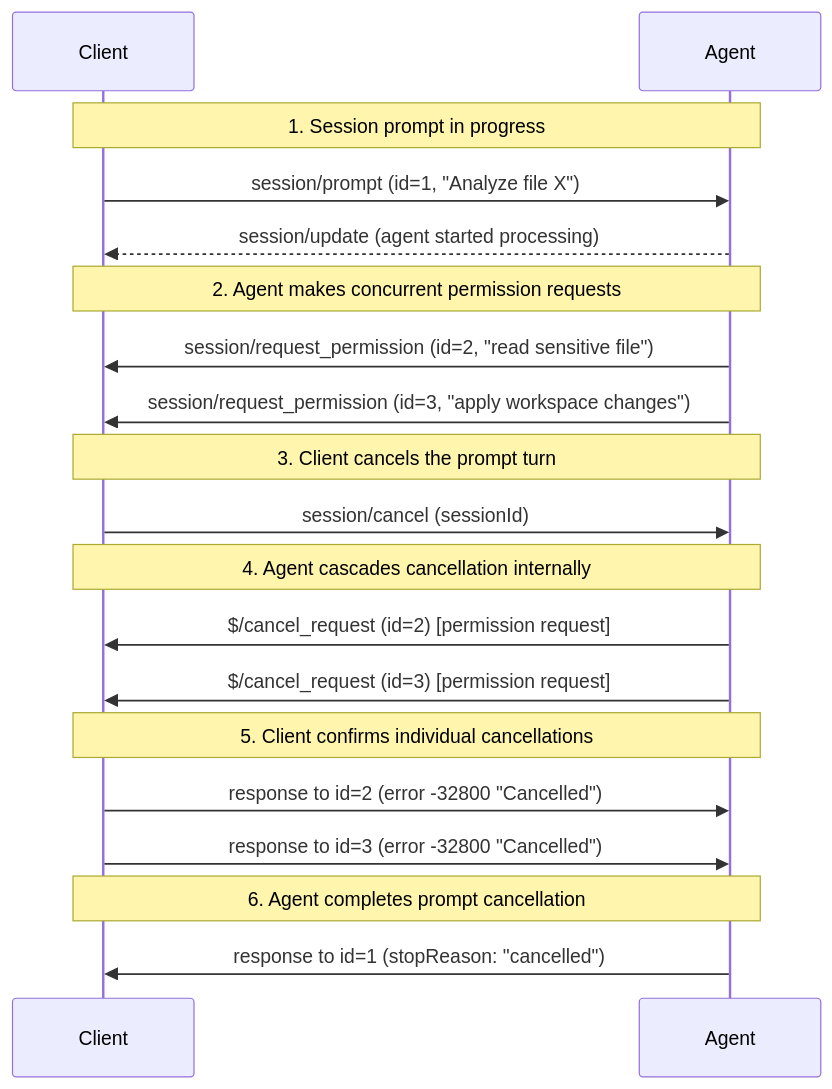
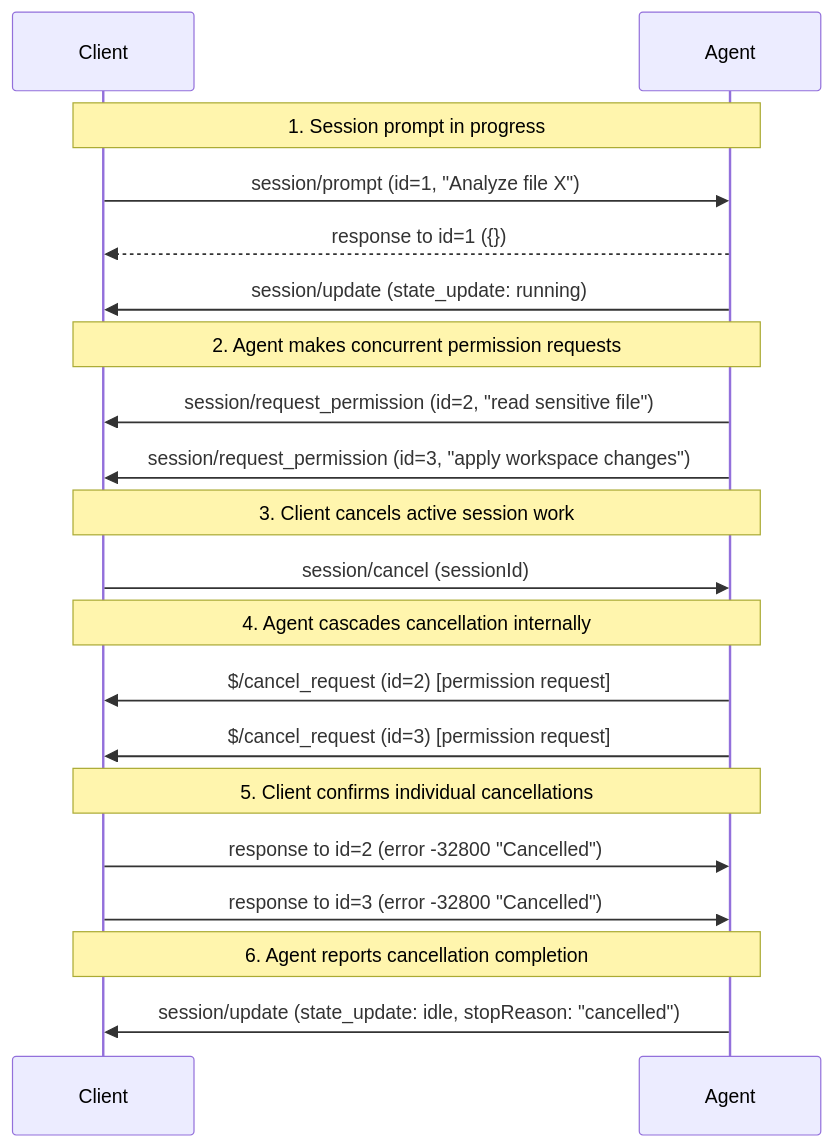
Before and after one commit to dayanruben/agent-client-protocol: the diagram in docs/protocol/v2/draft/cancellation.mdx, drawn with Mermaid. The commit also changed other lines of this file and 34 other files, not shown here.

````diff
--- a/docs/protocol/v2/draft/cancellation.mdx
+++ b/docs/protocol/v2/draft/cancellation.mdx
@@ -42,27 +42,28 @@
 ```mermaid
 sequenceDiagram
     participant Client
     participant Agent
 
     Note over Client,Agent: 1. Session prompt in progress
     Client->>Agent: session/prompt (id=1, "Analyze file X")
-    Agent-->>Client: session/update (agent started processing)
+    Agent-->>Client: response to id=1 ({})
+    Agent->>Client: session/update (state_update: running)
 
     Note over Client,Agent: 2. Agent makes concurrent permission requests
     Agent->>Client: session/request_permission (id=2, "read sensitive file")
     Agent->>Client: session/request_permission (id=3, "apply workspace changes")
 
-    Note over Client,Agent: 3. Client cancels the prompt turn
+    Note over Client,Agent: 3. Client cancels active session work
     Client->>Agent: session/cancel (sessionId)
 
     Note over Client,Agent: 4. Agent cascades cancellation internally
     Agent->>Client: $/cancel_request (id=2) [permission request]
     Agent->>Client: $/cancel_request (id=3) [permission request]
 
     Note over Client,Agent: 5. Client confirms individual cancellations
     Client->>Agent: response to id=2 (error -32800 "Cancelled")
     Client->>Agent: response to id=3 (error -32800 "Cancelled")
 
-    Note over Client,Agent: 6. Agent completes prompt cancellation
-    Agent->>Client: response to id=1 (stopReason: "cancelled")
+    Note over Client,Agent: 6. Agent reports cancellation completion
+    Agent->>Client: session/update (state_update: idle, stopReason: "cancelled")
 ```
````
